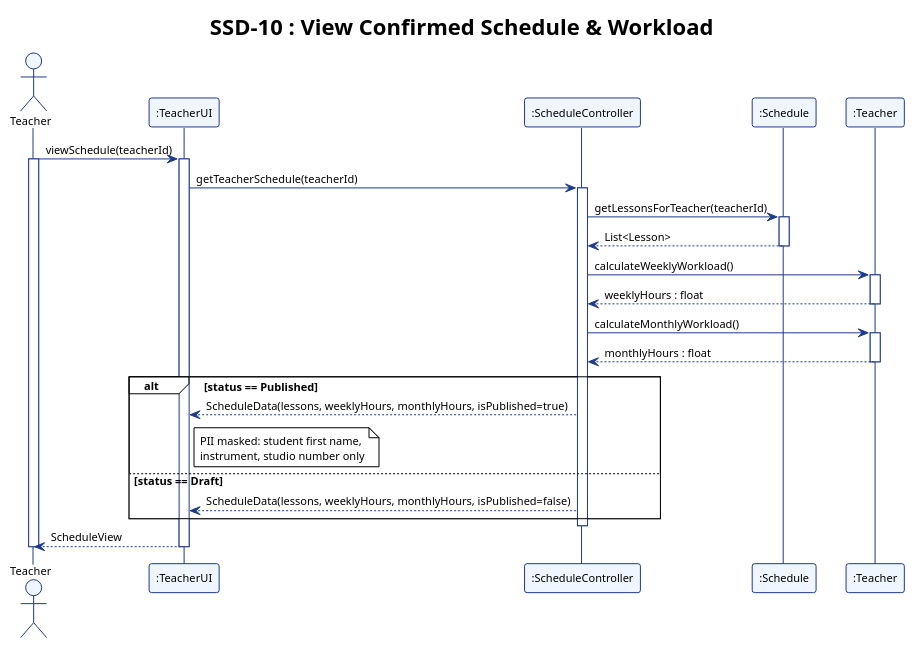
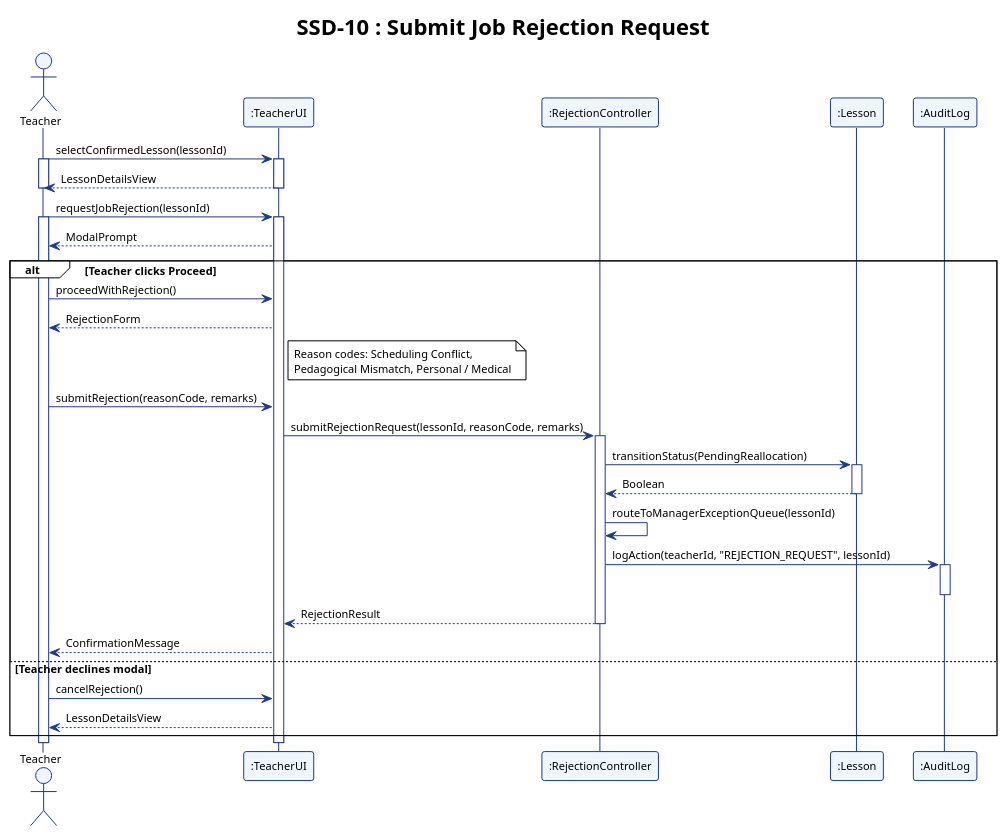
The diagram in report/assets/ssd_10.puml (adoreblvnk/2001temp), drawn with PlantUML before and after one commit. The commit also changed 27 other files, not shown here.

```diff
--- a/report/assets/ssd_10.puml
+++ b/report/assets/ssd_10.puml
@@ -1,61 +1,74 @@
 @startuml ssd_10
 !theme plain
 skinparam shadowing false
 skinparam defaultFontName "Helvetica", "Arial", sans-serif
 skinparam defaultFontSize 11
 skinparam sequence {
     ParticipantBorderColor #1E3A8A
     ParticipantBackgroundColor #EFF6FF
     LifeLineBorderColor #1E3A8A
     LifeLineBackgroundColor #FFFFFF
     ArrowColor #1E3A8A
     ActorBorderColor #1E3A8A
     ActorBackgroundColor #EFF6FF
 }
 
-title SSD-10 : View Confirmed Schedule & Workload
+title SSD-10 : Submit Job Rejection Request
 
 actor Teacher
 participant ":TeacherUI" as TeacherUI
-participant ":ScheduleController" as ScheduleController
-participant ":Schedule" as Schedule
-participant ":Teacher" as TeacherEntity
+participant ":RejectionController" as RejectionController
+participant ":Lesson" as Lesson
+participant ":AuditLog" as AuditLog
 
-Teacher -> TeacherUI : viewSchedule(teacherId)
+Teacher -> TeacherUI : selectConfirmedLesson(lessonId)
 activate Teacher
 activate TeacherUI
 
-TeacherUI -> ScheduleController : getTeacherSchedule(teacherId)
-activate ScheduleController
+TeacherUI --> Teacher : LessonDetailsView
+deactivate TeacherUI
+deactivate Teacher
 
-ScheduleController -> Schedule : getLessonsForTeacher(teacherId)
-activate Schedule
-Schedule --> ScheduleController : List<Lesson>
-deactivate Schedule
+Teacher -> TeacherUI : requestJobRejection(lessonId)
+activate Teacher
+activate TeacherUI
 
-ScheduleController -> TeacherEntity : calculateWeeklyWorkload()
-activate TeacherEntity
-TeacherEntity --> ScheduleController : weeklyHours : float
-deactivate TeacherEntity
+TeacherUI --> Teacher : ModalPrompt
 
-ScheduleController -> TeacherEntity : calculateMonthlyWorkload()
-activate TeacherEntity
-TeacherEntity --> ScheduleController : monthlyHours : float
-deactivate TeacherEntity
+alt Teacher clicks Proceed
+    Teacher -> TeacherUI : proceedWithRejection()
+    TeacherUI --> Teacher : RejectionForm
 
-alt status == Published
-    ScheduleController --> TeacherUI : ScheduleData(lessons, weeklyHours, monthlyHours, isPublished=true)
     note right of TeacherUI
-      PII masked: student first name,
-      instrument, studio number only
+      Reason codes: Scheduling Conflict,
+      Pedagogical Mismatch, Personal / Medical
     end note
-else status == Draft
-    ScheduleController --> TeacherUI : ScheduleData(lessons, weeklyHours, monthlyHours, isPublished=false)
+
+    Teacher -> TeacherUI : submitRejection(reasonCode, remarks)
+    TeacherUI -> RejectionController : submitRejectionRequest(lessonId, reasonCode, remarks)
+    activate RejectionController
+
+    RejectionController -> Lesson : transitionStatus(PendingReallocation)
+    activate Lesson
+    Lesson --> RejectionController : Boolean
+    deactivate Lesson
+
+    RejectionController -> RejectionController : routeToManagerExceptionQueue(lessonId)
+
+    RejectionController -> AuditLog : logAction(teacherId, "REJECTION_REQUEST", lessonId)
+    activate AuditLog
+    deactivate AuditLog
+
+    RejectionController --> TeacherUI : RejectionResult
+    deactivate RejectionController
+
+    TeacherUI --> Teacher : ConfirmationMessage
+else Teacher declines modal
+    Teacher -> TeacherUI : cancelRejection()
+    TeacherUI --> Teacher : LessonDetailsView
 end
 
-deactivate ScheduleController
-TeacherUI --> Teacher : ScheduleView
 deactivate TeacherUI
 deactivate Teacher
 
 @enduml
```
